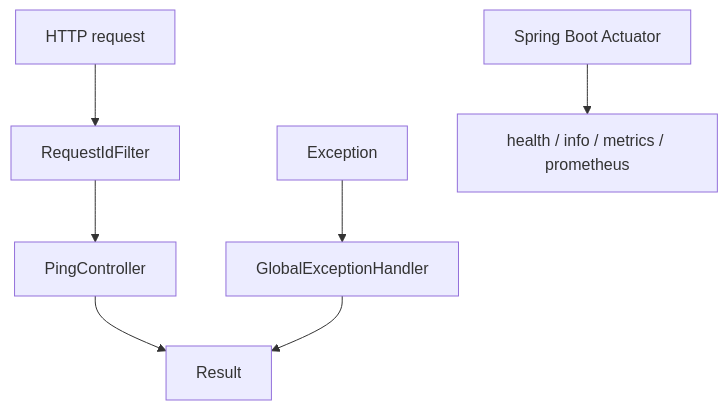
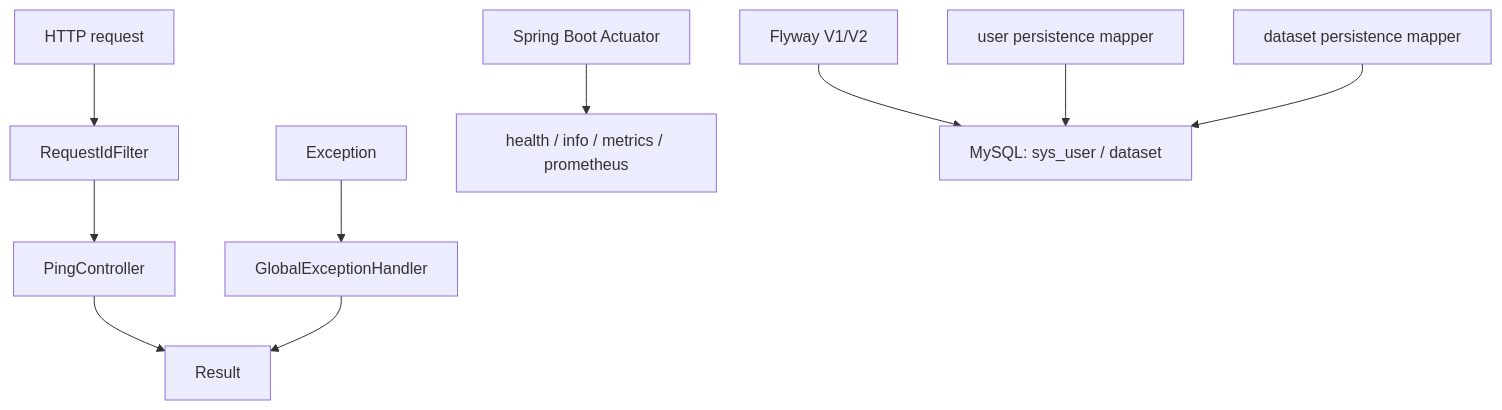
Before and after one commit to comi-master/track-evaluation-platform: the first of 3 diagrams in docs/architecture.md, drawn with Mermaid. The commit also changed other lines of this file and 36 other files, not shown here.

````diff
--- a/docs/architecture.md
+++ b/docs/architecture.md
@@ -7,9 +7,12 @@
 ```mermaid
 flowchart TD
     Request["HTTP request"] --> RequestId["RequestIdFilter"]
     RequestId --> Ping["PingController"]
     Ping --> Result["Result<T>"]
     Error["Exception"] --> Handler["GlobalExceptionHandler"]
     Handler --> Result
     Actuator["Spring Boot Actuator"] --> Health["health / info / metrics / prometheus"]
+    Flyway["Flyway V1/V2"] --> MySQL["MySQL: sys_user / dataset"]
+    UserMapper["user persistence mapper"] --> MySQL
+    DatasetMapper["dataset persistence mapper"] --> MySQL
 ```
````
